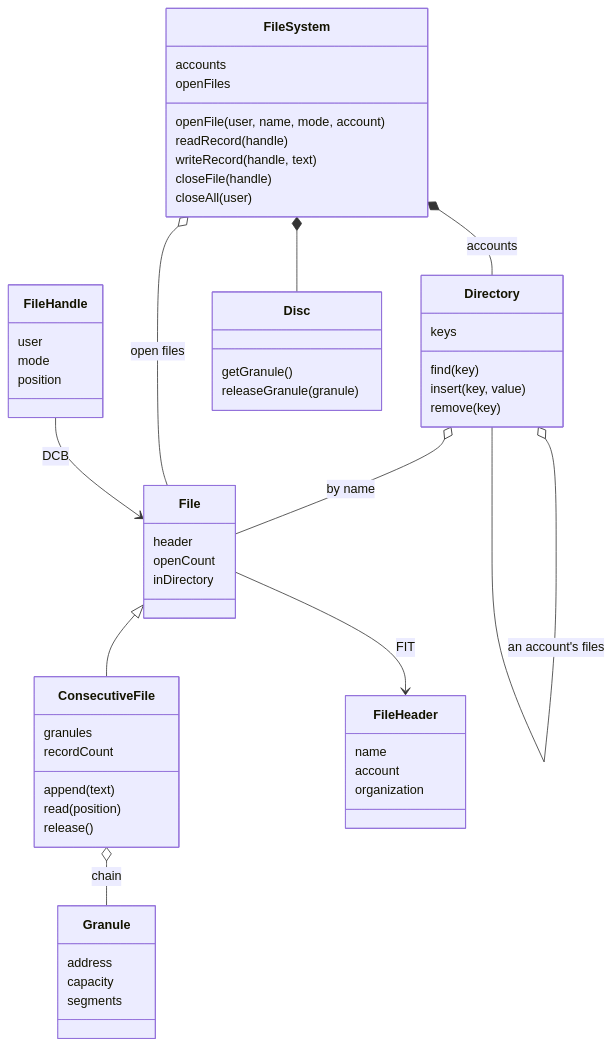
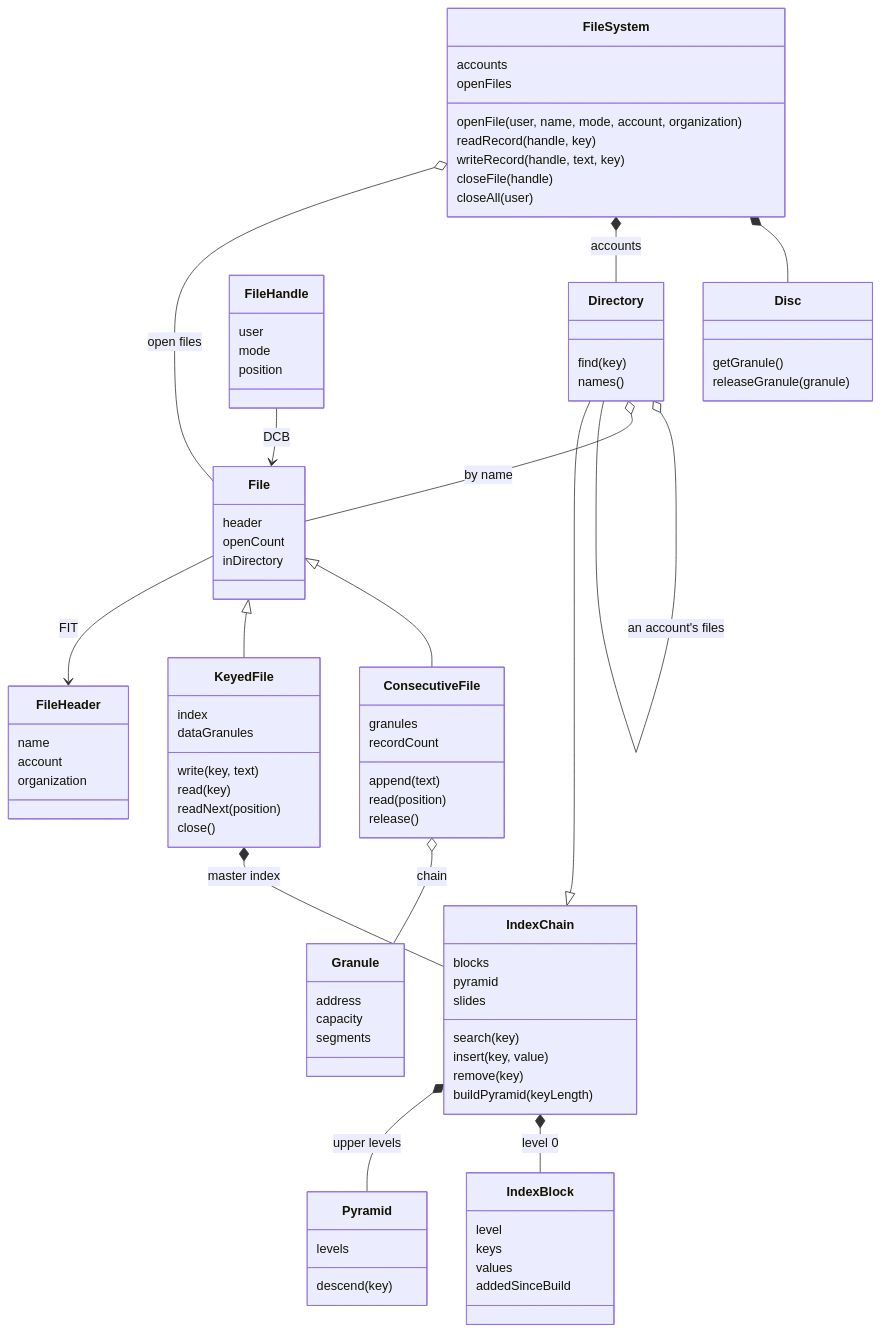
Before and after one commit to msiddalingaiah/Sigma: the eighth of 11 diagrams in pyCP-V/C00stap/docs/model.md, drawn with Mermaid. The commit also changed other lines of this file and 13 other files, not shown here.

Commit message:
Readable model: index chains, keyed files and the pyramid

````diff
--- a/pyCP-V/C00stap/docs/model.md
+++ b/pyCP-V/C00stap/docs/model.md
@@ -502,17 +502,42 @@
     class FileSystem {
         accounts
         openFiles
-        openFile(user, name, mode, account)
-        readRecord(handle)
-        writeRecord(handle, text)
+        openFile(user, name, mode, account, organization)
+        readRecord(handle, key)
+        writeRecord(handle, text, key)
         closeFile(handle)
         closeAll(user)
     }
-    class Directory {
-        keys
-        find(key)
+    class IndexChain {
+        blocks
+        pyramid
+        slides
+        search(key)
         insert(key, value)
         remove(key)
+        buildPyramid(keyLength)
+    }
+    class IndexBlock {
+        level
+        keys
+        values
+        addedSinceBuild
+    }
+    class Pyramid {
+        levels
+        descend(key)
+    }
+    class Directory {
+        find(key)
+        names()
+    }
+    class KeyedFile {
+        index
+        dataGranules
+        write(key, text)
+        read(key)
+        readNext(position)
+        close()
     }
     class File {
         header
@@ -547,11 +572,16 @@
     }
     FileSystem *-- Disc
     FileSystem *-- Directory : accounts
+    IndexChain <|-- Directory
+    IndexChain *-- IndexBlock : level 0
+    IndexChain *-- Pyramid : upper levels
     Directory o-- Directory : an account's files
     Directory o-- File : by name
     FileSystem o-- File : open files
     FileHandle --> File : DCB
     File <|-- ConsecutiveFile
+    File <|-- KeyedFile
+    KeyedFile *-- IndexChain : master index
     File --> FileHeader : FIT
     ConsecutiveFile o-- Granule : chain
 ```
````
